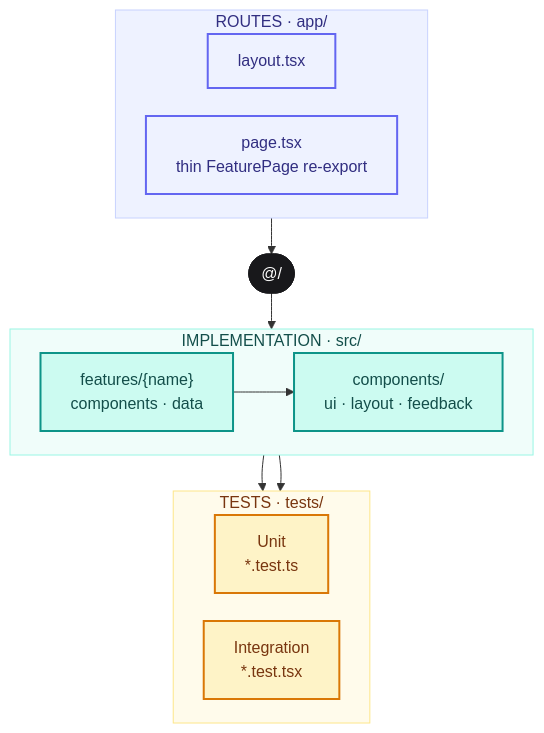
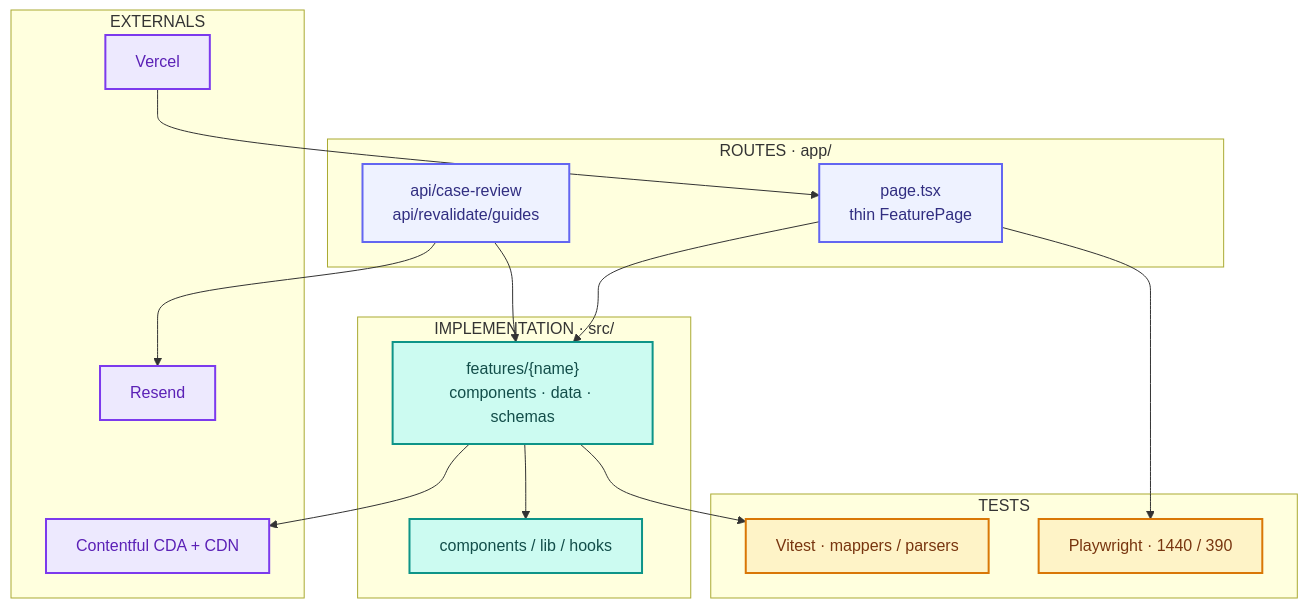
One commit to abrehan2/kanopy-trial changed the first of 4 diagrams in README.md. Above: the diagram before and after it, drawn with Mermaid. The commit also changed other lines of this file and 72 other files, not shown here.

Commit message:
feat: serve guides and images from contentful with isr

````diff
--- a/README.md
+++ b/README.md
@@ -63,41 +107,41 @@
 ```mermaid
-%%{init: {"flowchart": {"curve": "basis", "nodeSpacing": 28, "rankSpacing": 36}}}%%
 flowchart TB
   classDef route fill:#eef2ff,stroke:#6366f1,stroke-width:2px,color:#312e81
   classDef impl fill:#ccfbf1,stroke:#0d9488,stroke-width:2px,color:#134e4a
   classDef test fill:#fef3c7,stroke:#d97706,stroke-width:2px,color:#78350f
-  classDef alias fill:#18181b,stroke:#18181b,color:#fafafa
+  classDef ext fill:#ede9fe,stroke:#7c3aed,stroke-width:2px,color:#5b21b6
 
   subgraph R["ROUTES  ·  app/"]
-    direction LR
-    L["layout.tsx"]
-    P["page.tsx<br/>thin FeaturePage re-export"]
+    P["page.tsx<br/>thin FeaturePage"]
+    API["api/case-review<br/>api/revalidate/guides"]
   end
 
-  A(["@/"])
-
   subgraph S["IMPLEMENTATION  ·  src/"]
-    direction LR
-    F["features/{name}<br/>components · data"]
-    C["components/<br/>ui · layout · feedback"]
+    F["features/{name}<br/>components · data · schemas"]
+    C["components / lib / hooks"]
   end
 
-  subgraph T["TESTS  ·  tests/"]
-    direction LR
-    U["Unit<br/>*.test.ts"]
-    I["Integration<br/>*.test.tsx"]
+  subgraph E["EXTERNALS"]
+    CF["Contentful CDA + CDN"]
+    RS["Resend"]
+    VG["Vercel"]
   end
 
-  P --> A --> F
-  F --> C
+  subgraph T["TESTS"]
+    U["Vitest · mappers / parsers"]
+    I["Playwright · 1440 / 390"]
+  end
+
+  P --> F --> C
+  API --> F
+  F --> CF
+  API --> RS
+  VG --> P
   F --> U
-  F --> I
+  P --> I
 
-  class L,P route
+  class P,API route
   class F,C impl
   class U,I test
-  class A alias
-  style R fill:#eef2ff,stroke:#c7d2fe,color:#312e81
-  style S fill:#f0fdfa,stroke:#99f6e4,color:#134e4a
-  style T fill:#fffbeb,stroke:#fde68a,color:#78350f
+  class CF,RS,VG ext
 ```
````
